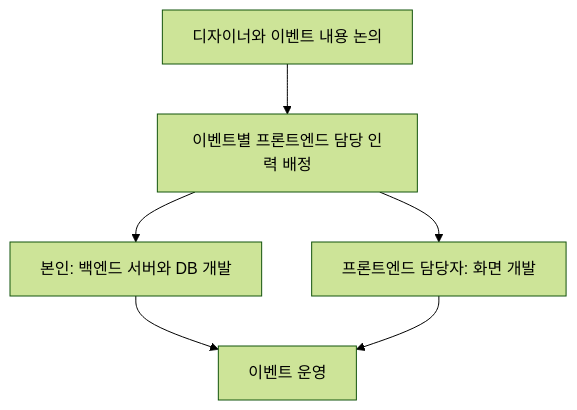
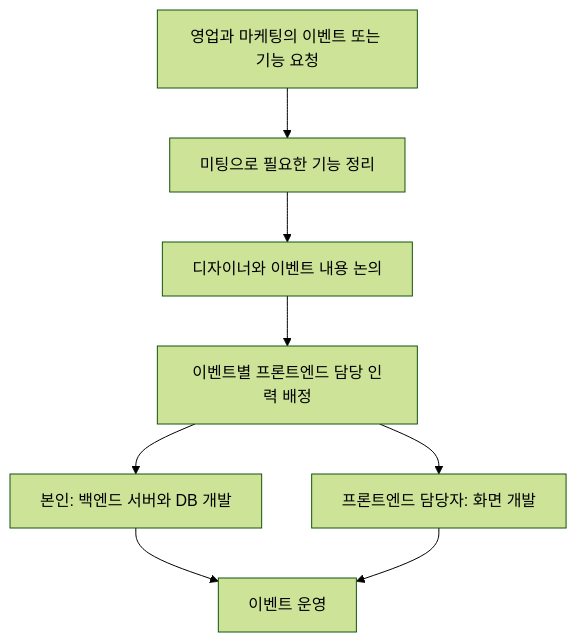
One commit to KimHG1995/work-history changed the second of 2 diagrams in projects/platform-operations/event-system.md. Above: the diagram before and after it, drawn with Mermaid (forest theme). The commit also changed other lines of this file and 4 other files, not shown here.

Commit message:
docs: 영업과 마케팅 요청에 따른 이벤트 개발 흐름 반영

````diff
--- a/projects/platform-operations/event-system.md
+++ b/projects/platform-operations/event-system.md
@@ -43,8 +44,10 @@
 ```mermaid
 flowchart TD
-    design["디자이너와 이벤트 내용 논의"] --> assign["이벤트별 프론트엔드 담당 인력 배정"]
+    request["영업과 마케팅의 이벤트 또는 기능 요청"] --> meeting["미팅으로 필요한 기능 정리"]
+    meeting --> design["디자이너와 이벤트 내용 논의"]
+    design --> assign["이벤트별 프론트엔드 담당 인력 배정"]
     assign --> backend["본인: 백엔드 서버와 DB 개발"]
     assign --> frontend["프론트엔드 담당자: 화면 개발"]
     backend --> operation["이벤트 운영"]
     frontend --> operation
 ```
````
